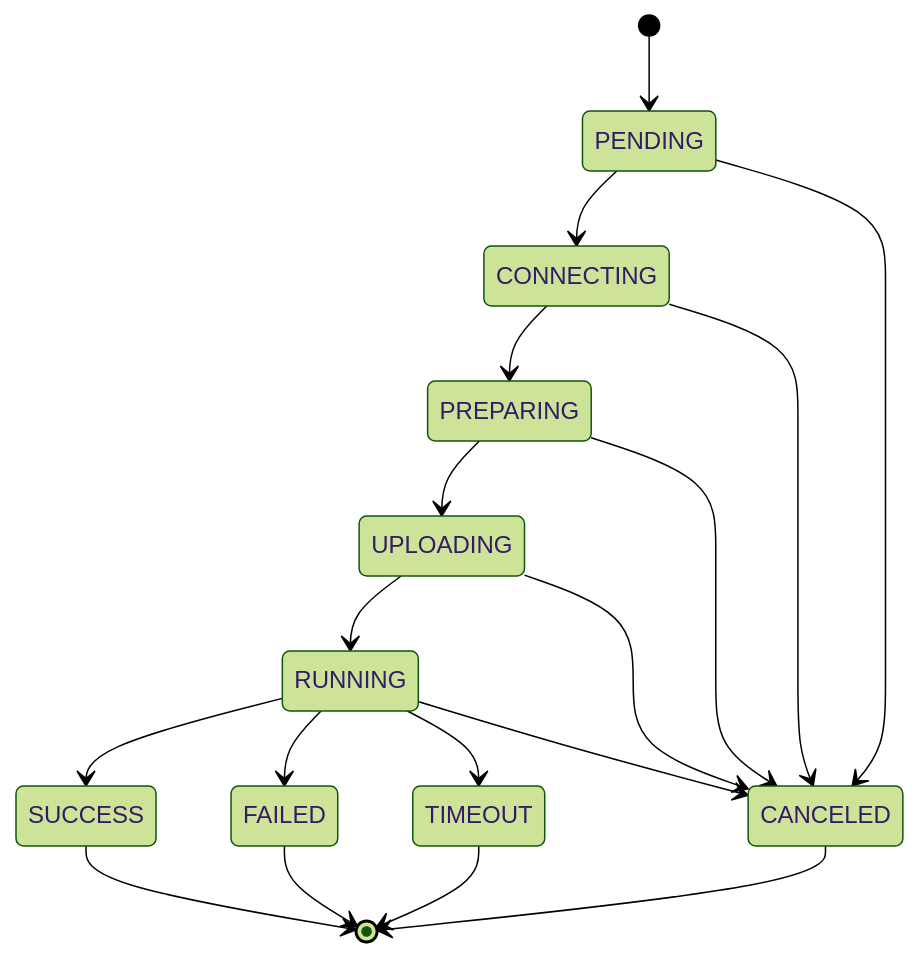
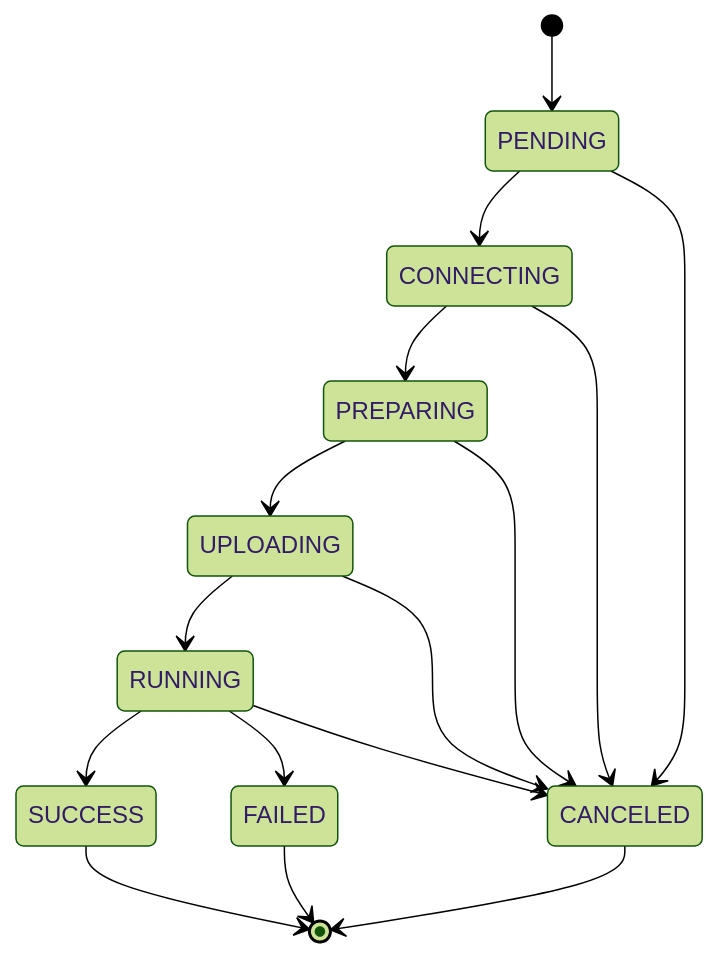
Before and after one commit to mjzappzz/hpc-deploy: the second of 2 diagrams in docs/architecture.md, drawn with Mermaid (forest theme). The commit also changed other lines of this file and 30 other files, not shown here.

````diff
--- a/docs/architecture.md
+++ b/docs/architecture.md
@@ -125,20 +157,18 @@
 ```mermaid
 stateDiagram-v2
     [*] --> PENDING
     PENDING --> CONNECTING
     CONNECTING --> PREPARING
     PREPARING --> UPLOADING
     UPLOADING --> RUNNING
     RUNNING --> SUCCESS
     RUNNING --> FAILED
-    RUNNING --> TIMEOUT
     RUNNING --> CANCELED
+    PENDING --> CANCELED
     CONNECTING --> CANCELED
     PREPARING --> CANCELED
     UPLOADING --> CANCELED
-    PENDING --> CANCELED
     SUCCESS --> [*]
     FAILED --> [*]
-    TIMEOUT --> [*]
     CANCELED --> [*]
 ```
````
